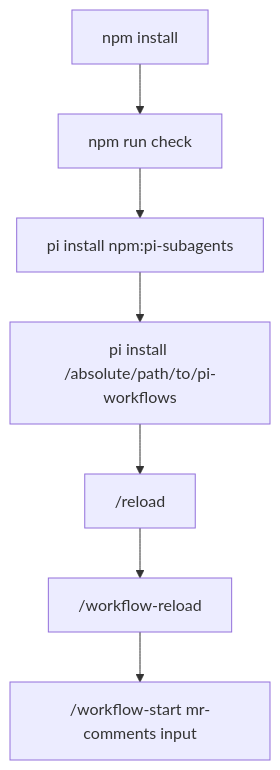
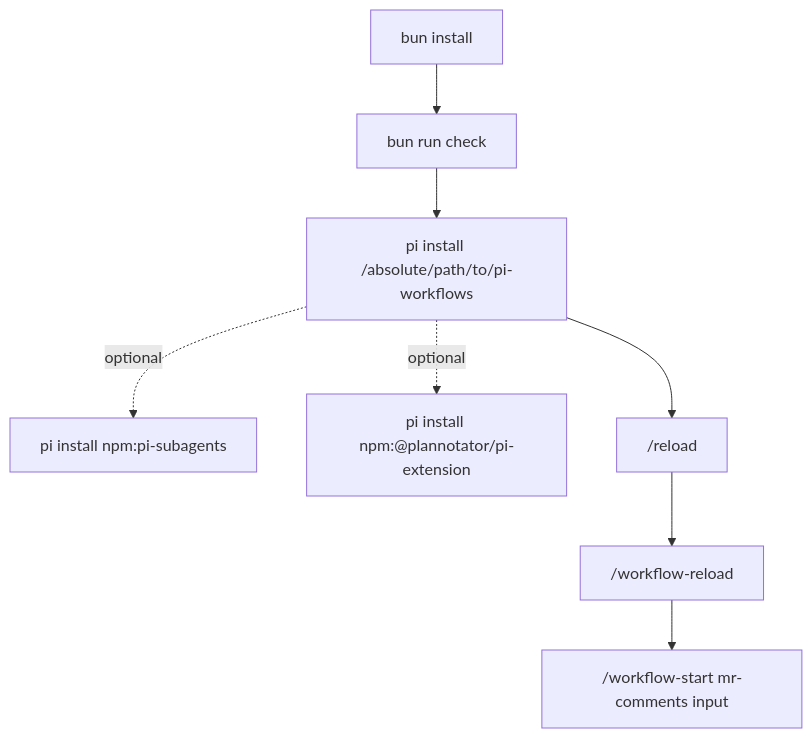
The fourth of 5 diagrams in openwiki/quickstart.md (wichayutdew/pi-workflows), drawn with Mermaid before and after one commit. The commit also changed other lines of this file and 84 other files, not shown here.

````diff
--- a/openwiki/quickstart.md
+++ b/openwiki/quickstart.md
@@ -79,9 +82,10 @@
 ```mermaid
 flowchart TD
-  NPM[npm install] --> Check[npm run check]
-  Check --> InstallSubagents[pi install npm:pi-subagents]
-  InstallSubagents --> InstallLocal[pi install /absolute/path/to/pi-workflows]
+  Bun[bun install] --> Check[bun run check]
+  Check --> InstallLocal[pi install /absolute/path/to/pi-workflows]
+  InstallLocal -. optional .-> InstallSubagents[pi install npm:pi-subagents]
+  InstallLocal -. optional .-> InstallPlan[pi install npm:@plannotator/pi-extension]
   InstallLocal --> Reload["/reload"]
   Reload --> WorkflowReload["/workflow-reload"]
   WorkflowReload --> Start["/workflow-start mr-comments input"]
 ```
````
